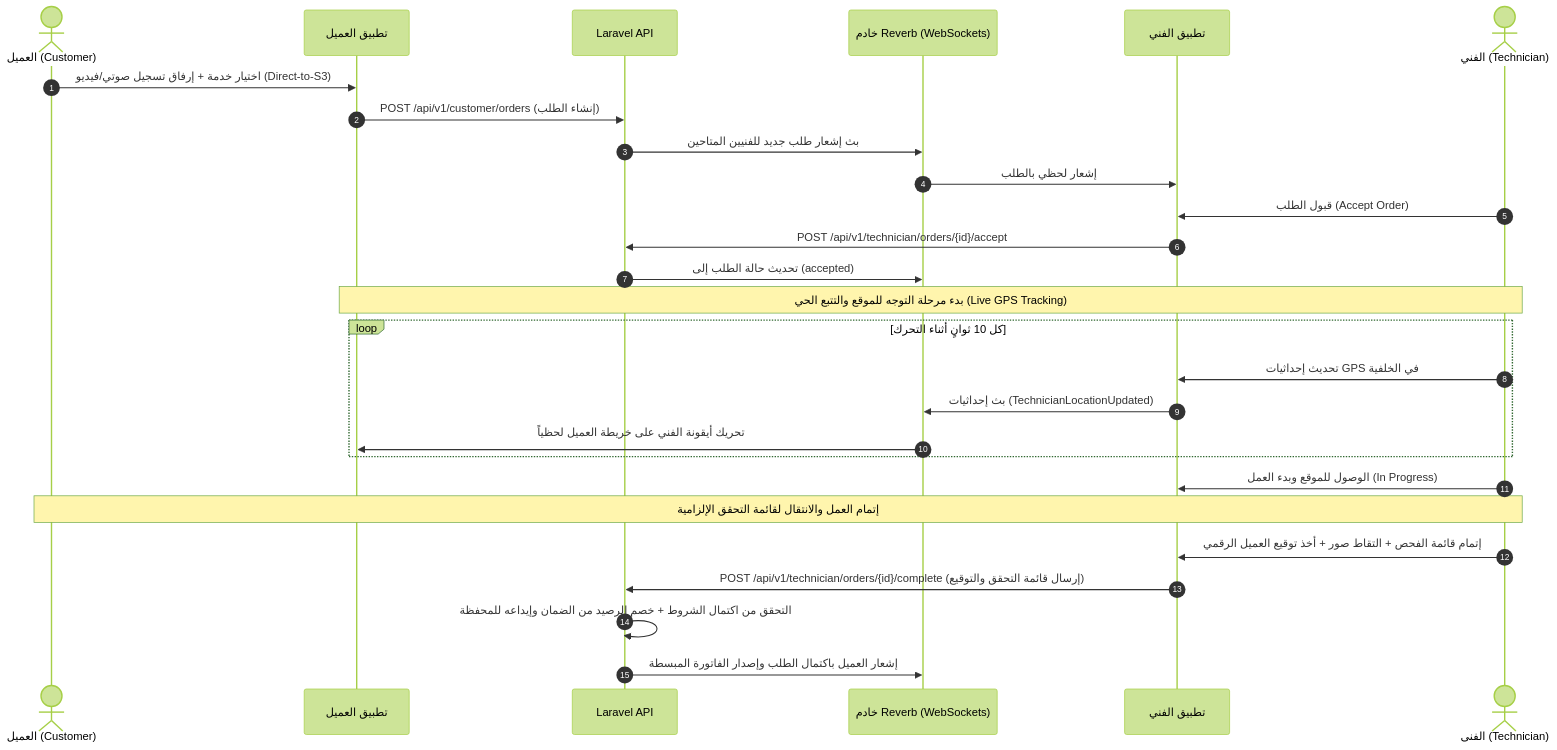
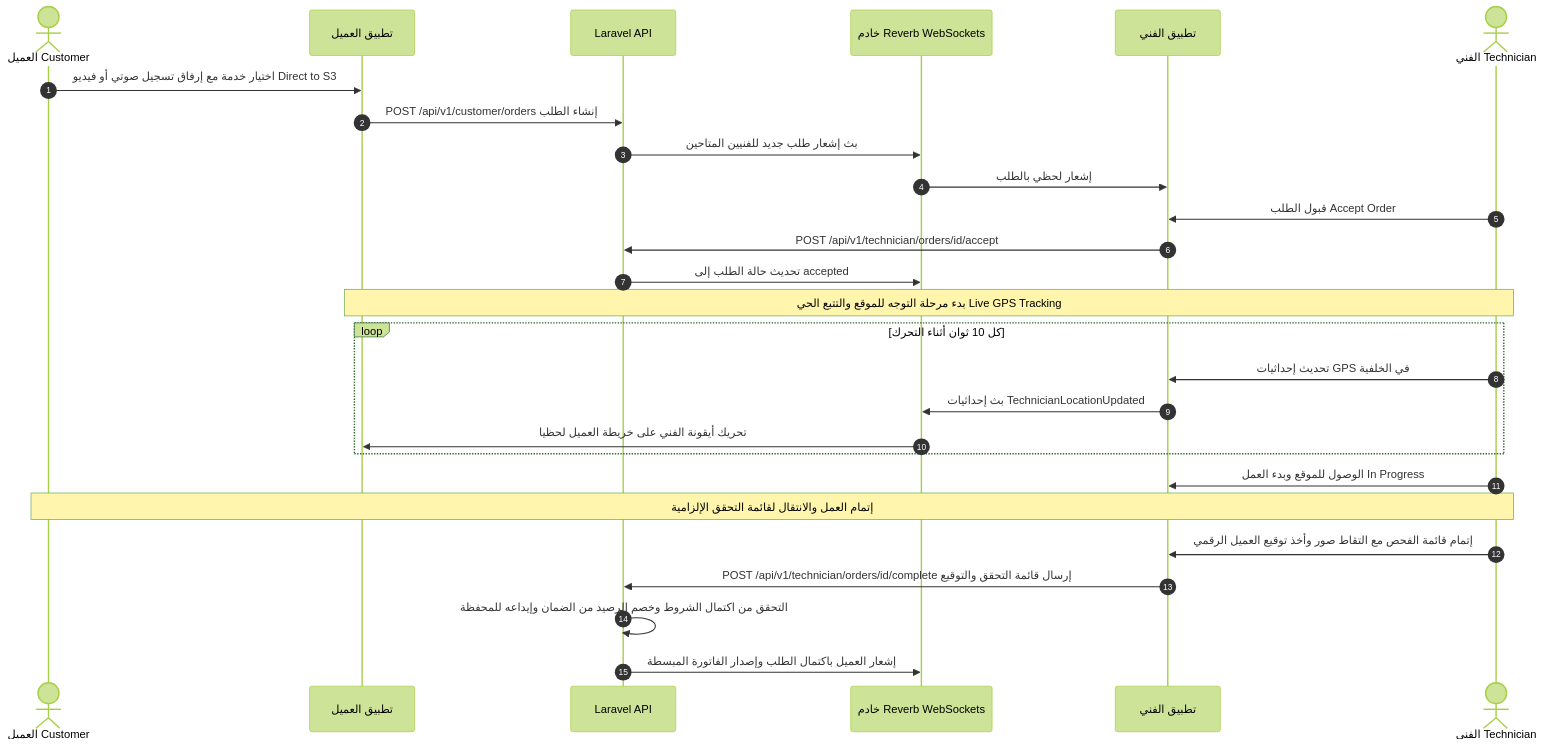
One commit to sharefYou/ifix_pro changed the second of 4 diagrams in README.md. Above: the diagram before and after it, drawn with Mermaid (forest theme). The commit also changed other lines of this file, not shown here.

````diff
--- a/README.md
+++ b/README.md
@@ -124,32 +124,32 @@
 ```mermaid
 sequenceDiagram
     autonumber
-    actor C as العميل (Customer)
+    actor C as العميل Customer
     participant CA as تطبيق العميل
     participant API as Laravel API
-    participant REV as خادم Reverb (WebSockets)
+    participant REV as خادم Reverb WebSockets
     participant TA as تطبيق الفني
-    actor T as الفني (Technician)
+    actor T as الفني Technician
 
-    C->>CA: اختيار خدمة + إرفاق تسجيل صوتي/فيديو (Direct-to-S3)
-    CA->>API: POST /api/v1/customer/orders (إنشاء الطلب)
+    C->>CA: اختيار خدمة مع إرفاق تسجيل صوتي أو فيديو Direct to S3
+    CA->>API: POST /api/v1/customer/orders إنشاء الطلب
     API->>REV: بث إشعار طلب جديد للفنيين المتاحين
     REV->>TA: إشعار لحظي بالطلب
-    T->>TA: قبول الطلب (Accept Order)
-    TA->>API: POST /api/v1/technician/orders/{id}/accept
-    API->>REV: تحديث حالة الطلب إلى (accepted)
+    T->>TA: قبول الطلب Accept Order
+    TA->>API: POST /api/v1/technician/orders/id/accept
+    API->>REV: تحديث حالة الطلب إلى accepted
 
-    Note over T,CA: بدء مرحلة التوجه للموقع والتتبع الحي (Live GPS Tracking)
-    loop كل 10 ثوانٍ أثناء التحرك
+    Note over T,CA: بدء مرحلة التوجه للموقع والتتبع الحي Live GPS Tracking
+    loop كل 10 ثوان أثناء التحرك
         T->>TA: تحديث إحداثيات GPS في الخلفية
-        TA->>REV: بث إحداثيات (TechnicianLocationUpdated)
-        REV->>CA: تحريك أيقونة الفني على خريطة العميل لحظياً
+        TA->>REV: بث إحداثيات TechnicianLocationUpdated
+        REV->>CA: تحريك أيقونة الفني على خريطة العميل لحظيا
     end
 
-    T->>TA: الوصول للموقع وبدء العمل (In Progress)
+    T->>TA: الوصول للموقع وبدء العمل In Progress
     Note over T,C: إتمام العمل والانتقال لقائمة التحقق الإلزامية
-    T->>TA: إتمام قائمة الفحص + التقاط صور + أخذ توقيع العميل الرقمي
-    TA->>API: POST /api/v1/technician/orders/{id}/complete (إرسال قائمة التحقق والتوقيع)
-    API->>API: التحقق من اكتمال الشروط + خصم الرصيد من الضمان وإيداعه للمحفظة
+    T->>TA: إتمام قائمة الفحص مع التقاط صور وأخذ توقيع العميل الرقمي
+    TA->>API: POST /api/v1/technician/orders/id/complete إرسال قائمة التحقق والتوقيع
+    API->>API: التحقق من اكتمال الشروط وخصم الرصيد من الضمان وإيداعه للمحفظة
     API->>REV: إشعار العميل باكتمال الطلب وإصدار الفاتورة المبسطة
 ```
````
